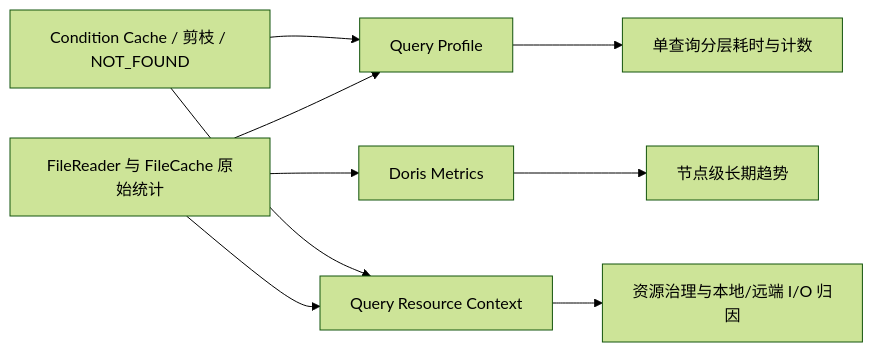
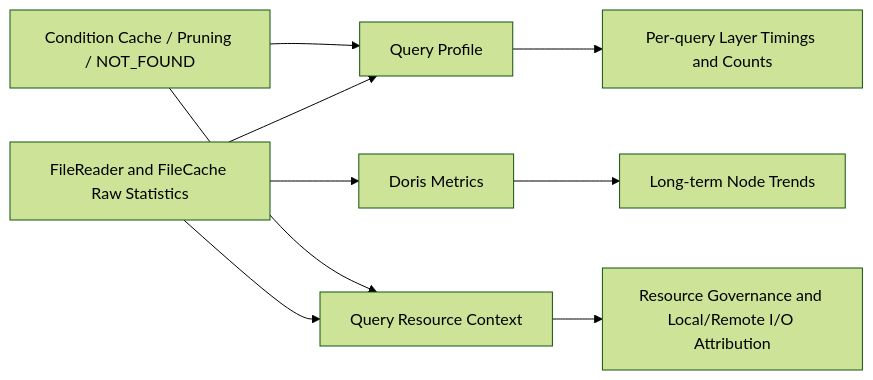
The eighth of 8 diagrams in docs/file-scanner-v2-design.md (apache/doris), drawn with Mermaid (forest theme) before and after one commit. The commit also changed other lines of this file and 1 other file, not shown here.

````diff
--- a/docs/file-scanner-v2-design.md
+++ b/docs/file-scanner-v2-design.md
@@ -267,11 +285,11 @@
 ```mermaid
 flowchart LR
-    R[FileReader 与 FileCache 原始统计] --> P[Query Profile]
+    R[FileReader and FileCache Raw Statistics] --> P[Query Profile]
     R --> Q[Query Resource Context]
     R --> M[Doris Metrics]
-    P --> P1[单查询分层耗时与计数]
-    Q --> Q1[资源治理与本地/远端 I/O 归因]
-    M --> M1[节点级长期趋势]
-    C[Condition Cache / 剪枝 / NOT_FOUND] --> P
+    P --> P1[Per-query Layer Timings and Counts]
+    Q --> Q1[Resource Governance and Local/Remote I/O Attribution]
+    M --> M1[Long-term Node Trends]
+    C[Condition Cache / Pruning / NOT_FOUND] --> P
     C --> Q
 ```
````
